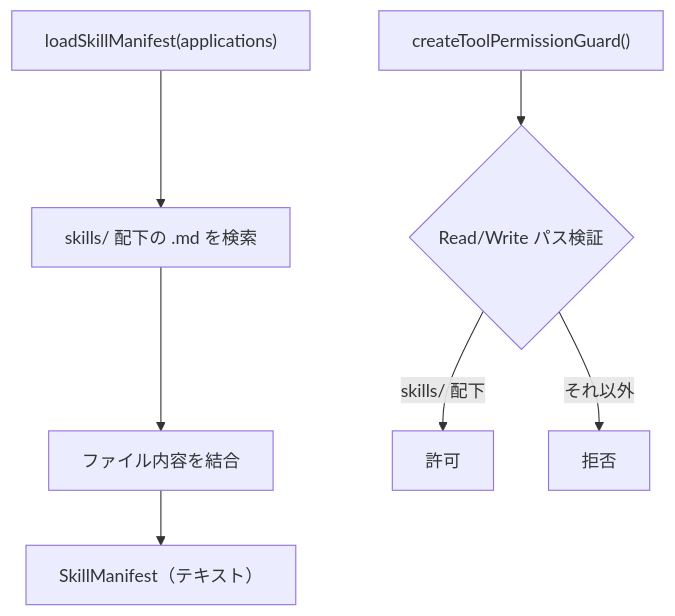
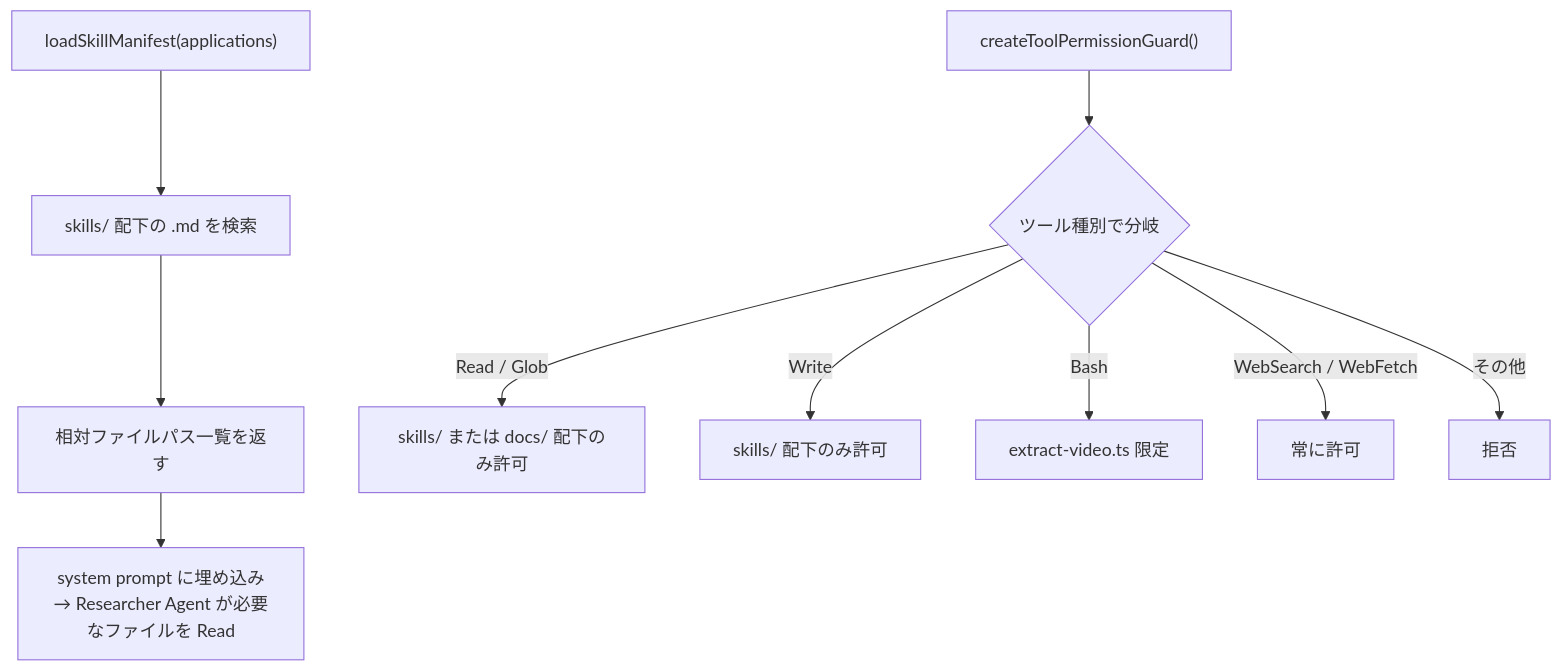
Before and after one commit to yukaorange/dcc_suport: the fifth of 5 diagrams in packages/core/docs/reading-guide.md, drawn with Mermaid. The commit also changed other lines of this file and 13 other files, not shown here.

````diff
--- a/packages/core/docs/reading-guide.md
+++ b/packages/core/docs/reading-guide.md
@@ -133,10 +149,13 @@
 ```mermaid
 flowchart TD
     A["loadSkillManifest(applications)"] --> B["skills/ 配下の .md を検索"]
-    B --> C["ファイル内容を結合"]
-    C --> D["SkillManifest（テキスト）"]
+    B --> C["相対ファイルパス一覧を返す"]
+    C --> D["system prompt に埋め込み\n→ Researcher Agent が必要なファイルを Read"]
 
-    E["createToolPermissionGuard()"] --> F{"Read/Write パス検証"}
-    F -->|skills/ 配下| G["許可"]
-    F -->|それ以外| H["拒否"]
+    E["createToolPermissionGuard()"] --> F{"ツール種別で分岐"}
+    F -->|"Read / Glob"| G["skills/ または docs/ 配下のみ許可"]
+    F -->|"Write"| H["skills/ 配下のみ許可"]
+    F -->|"Bash"| I["extract-video.ts 限定"]
+    F -->|"WebSearch / WebFetch"| J["常に許可"]
+    F -->|"その他"| K["拒否"]
 ```
````
